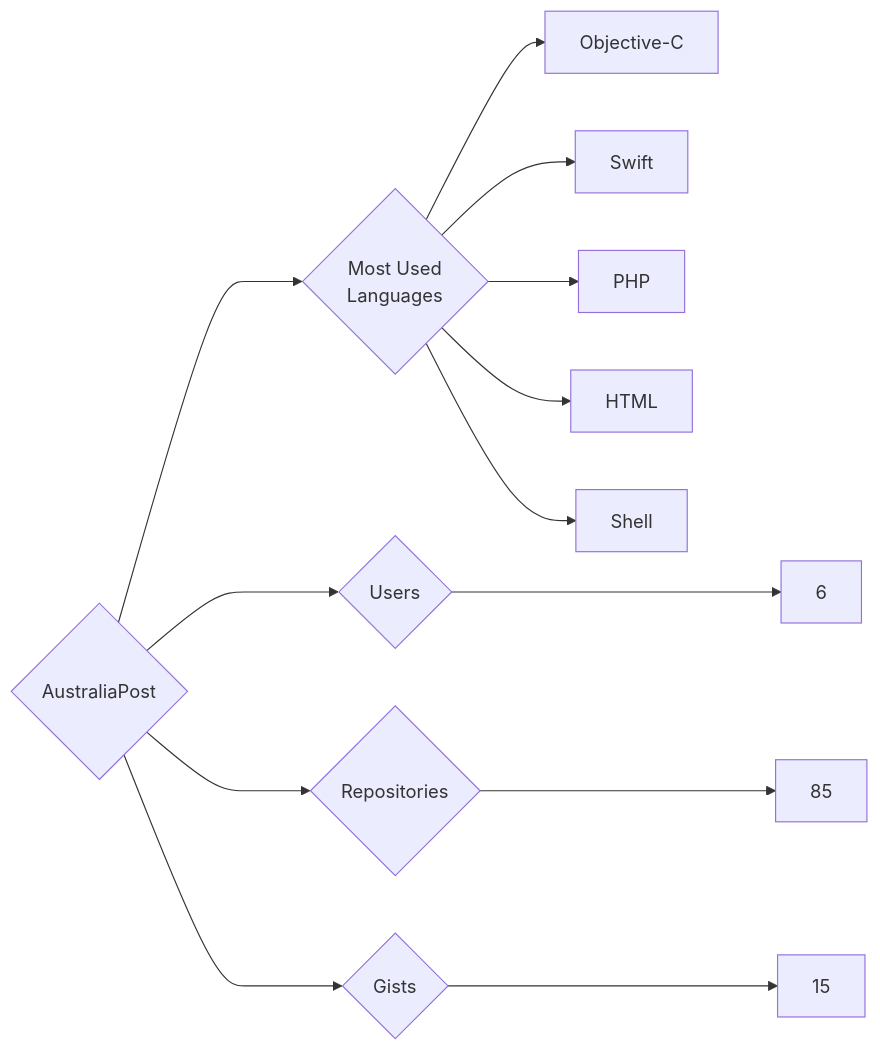
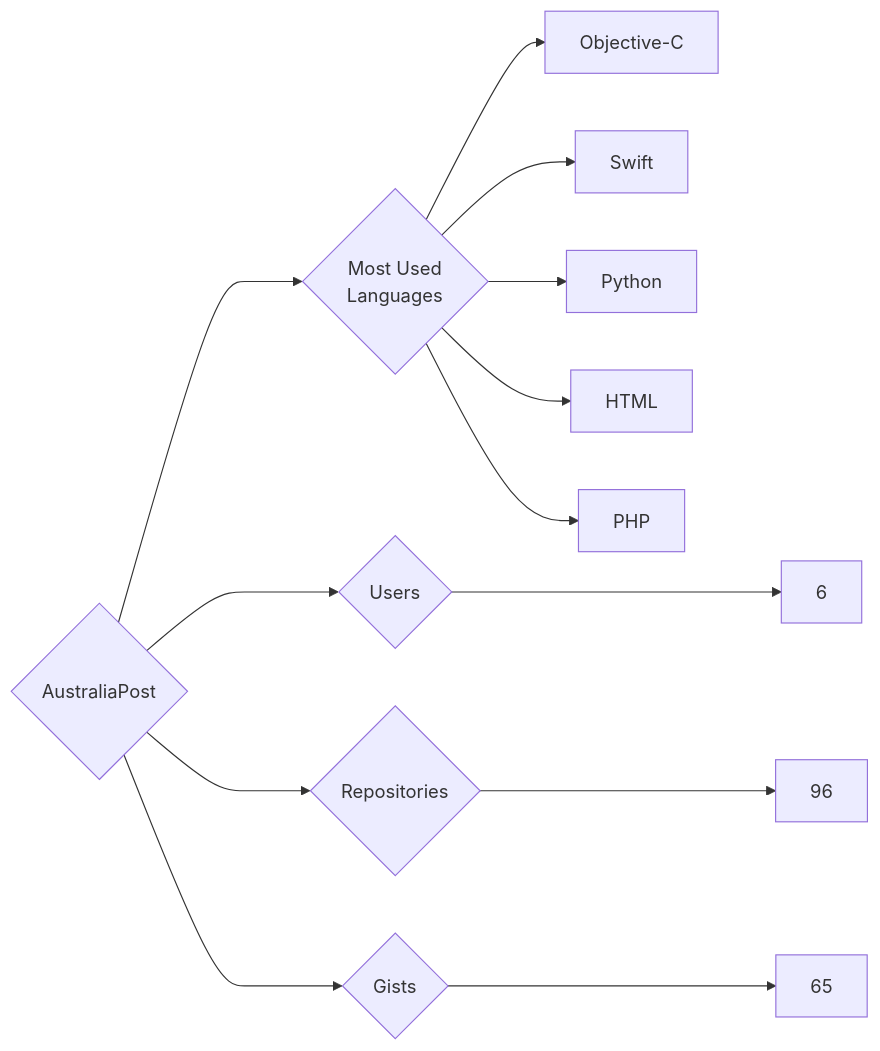
The diagram in targets/AustraliaPost/README.md (trickest/insiders), drawn with Mermaid before and after one commit. The commit also changed 859 other files, not shown here.

````diff
--- a/targets/AustraliaPost/README.md
+++ b/targets/AustraliaPost/README.md
@@ -3,13 +3,13 @@
 ```mermaid
 graph LR
 COMPANY_NAME{AustraliaPost}
 COMPANY_NAME ---> U{Users} ---> UN[6]
-COMPANY_NAME ---> R{Repositories} ---> RN[85]
-COMPANY_NAME ---> G{Gists} ---> GN[15]
+COMPANY_NAME ---> R{Repositories} ---> RN[96]
+COMPANY_NAME ---> G{Gists} ---> GN[65]
 COMPANY_NAME ---> ML{Most Used<br>Languages}
 ML --> Objective-C[Objective-C]
 ML --> Swift[Swift]
+ML --> Python[Python]
+ML --> HTML[HTML]
 ML --> PHP[PHP]
-ML --> HTML[HTML]
-ML --> Shell[Shell]
 ```
````
